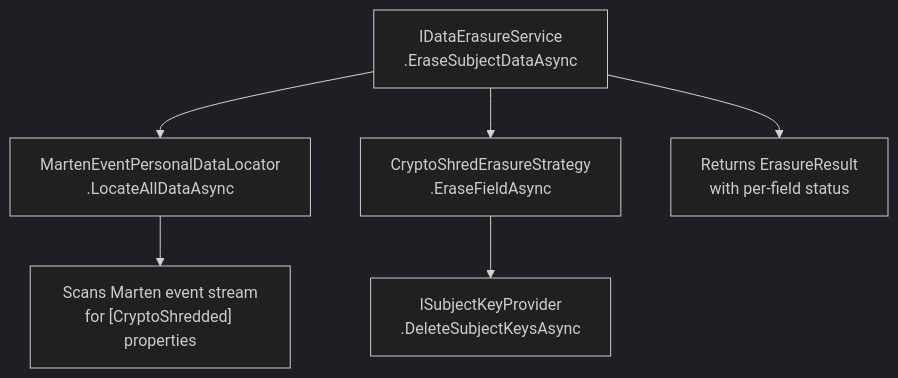
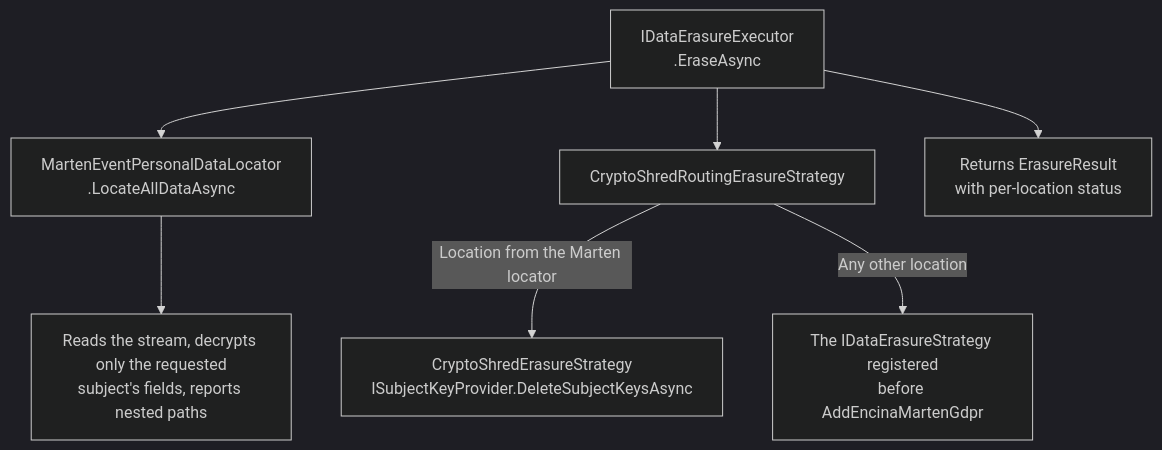
The fifth of 5 diagrams in docs/features/crypto-shredding.md (dlrivada/Encina), drawn with Mermaid (dark theme) before and after one commit. The commit also changed other lines of this file and 4 other files, not shown here.

Commit message:
docs(marten-gdpr): nested crypto-shredding feature page, README and ADR-034 (#1698)

````diff
--- a/docs/features/crypto-shredding.md
+++ b/docs/features/crypto-shredding.md
@@ -157,8 +169,9 @@
 ```mermaid
 flowchart TD
-    A["IDataErasureService<br/>.EraseSubjectDataAsync"] --> B["MartenEventPersonalDataLocator<br/>.LocateAllDataAsync"]
-    B --> B1["Scans Marten event stream<br/>for [CryptoShredded] properties"]
-    A --> C["CryptoShredErasureStrategy<br/>.EraseFieldAsync"]
-    C --> C1["ISubjectKeyProvider<br/>.DeleteSubjectKeysAsync"]
-    A --> D["Returns ErasureResult<br/>with per-field status"]
+    A["IDataErasureExecutor<br/>.EraseAsync"] --> B["MartenEventPersonalDataLocator<br/>.LocateAllDataAsync"]
+    B --> B1["Reads the stream, decrypts only the requested<br/>subject's fields, reports nested paths"]
+    A --> C["CryptoShredRoutingErasureStrategy"]
+    C -- "Location from the Marten locator" --> C1["CryptoShredErasureStrategy<br/>ISubjectKeyProvider.DeleteSubjectKeysAsync"]
+    C -- "Any other location" --> C2["The IDataErasureStrategy registered<br/>before AddEncinaMartenGdpr"]
+    A --> D["Returns ErasureResult<br/>with per-location status"]
 ```
````
